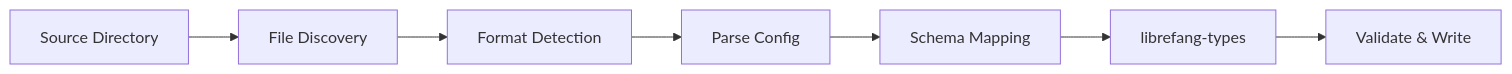
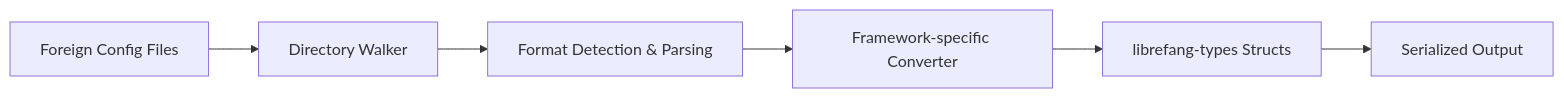
The diagram in other-librefang-migrate.md (leszek3737/librefang-WIki), drawn with Mermaid before and after one commit. The commit also changed other lines of this file and 94 other files, not shown here.

````diff
--- a/other-librefang-migrate.md
+++ b/other-librefang-migrate.md
@@ -19,9 +28,8 @@
 ```mermaid
 flowchart LR
-    A[Source Directory] --> B[File Discovery]
-    B --> C[Format Detection]
-    C --> D[Parse Config]
-    D --> E[Schema Mapping]
-    E --> F[librefang-types]
-    F --> G[Validate & Write]
+    A[Foreign Config Files] --> B[Directory Walker]
+    B --> C[Format Detection & Parsing]
+    C --> D[Framework-specific Converter]
+    D --> E[librefang-types Structs]
+    E --> F[Serialized Output]
 ```
````
